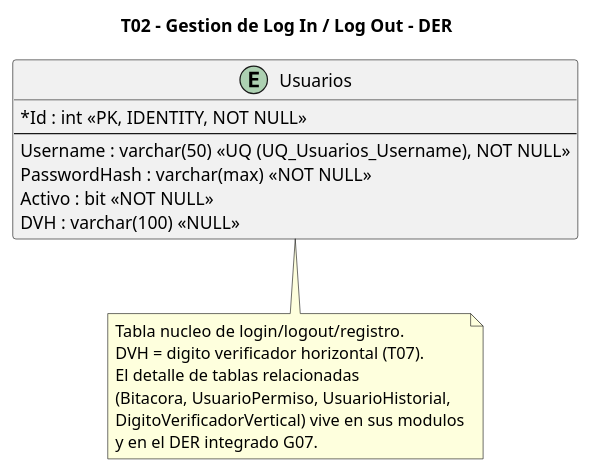
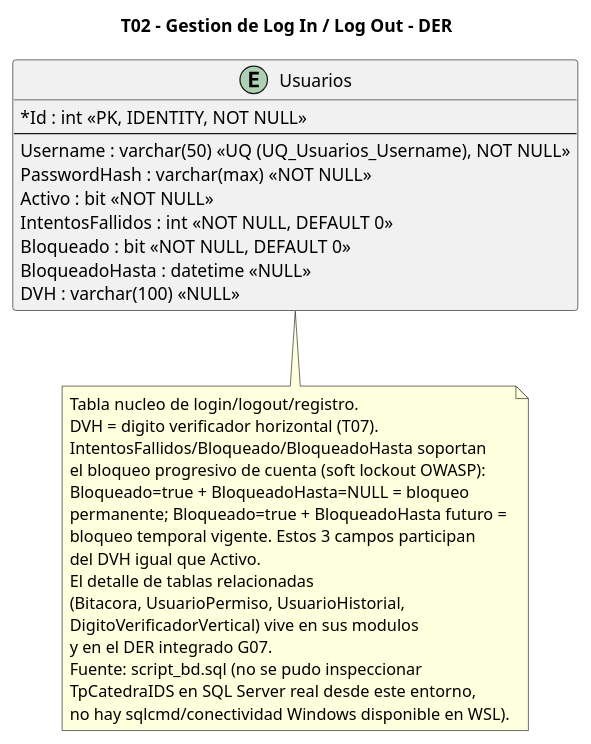
One commit to aggutierrez98/TP-TD changed the diagram in diagramas/T02-login-logout/T02-login-logout-datos.puml. Above: the diagram before and after it, drawn with PlantUML. The commit also changed 184 other files, not shown here.

```diff
--- a/diagramas/T02-login-logout/T02-login-logout-datos.puml
+++ b/diagramas/T02-login-logout/T02-login-logout-datos.puml
@@ -1,28 +1,40 @@
 @startuml
 title T02 - Gestion de Log In / Log Out - DER
 
 hide methods
 hide stereotypes
 skinparam backgroundColor white
 skinparam classAttributeIconSize 0
 skinparam shadowing false
 
 entity "Usuarios" as Usuarios {
   *Id : int <<PK, IDENTITY, NOT NULL>>
   --
   Username : varchar(50) <<UQ (UQ_Usuarios_Username), NOT NULL>>
   PasswordHash : varchar(max) <<NOT NULL>>
   Activo : bit <<NOT NULL>>
+  IntentosFallidos : int <<NOT NULL, DEFAULT 0>>
+  Bloqueado : bit <<NOT NULL, DEFAULT 0>>
+  BloqueadoHasta : datetime <<NULL>>
   DVH : varchar(100) <<NULL>>
 }
 
 note bottom of Usuarios
   Tabla nucleo de login/logout/registro.
   DVH = digito verificador horizontal (T07).
+  IntentosFallidos/Bloqueado/BloqueadoHasta soportan
+  el bloqueo progresivo de cuenta (soft lockout OWASP):
+  Bloqueado=true + BloqueadoHasta=NULL = bloqueo
+  permanente; Bloqueado=true + BloqueadoHasta futuro =
+  bloqueo temporal vigente. Estos 3 campos participan
+  del DVH igual que Activo.
   El detalle de tablas relacionadas
   (Bitacora, UsuarioPermiso, UsuarioHistorial,
   DigitoVerificadorVertical) vive en sus modulos
   y en el DER integrado G07.
+  Fuente: script_bd.sql (no se pudo inspeccionar
+  TpCatedraIDS en SQL Server real desde este entorno,
+  no hay sqlcmd/conectividad Windows disponible en WSL).
 end note
 
 @enduml
```
